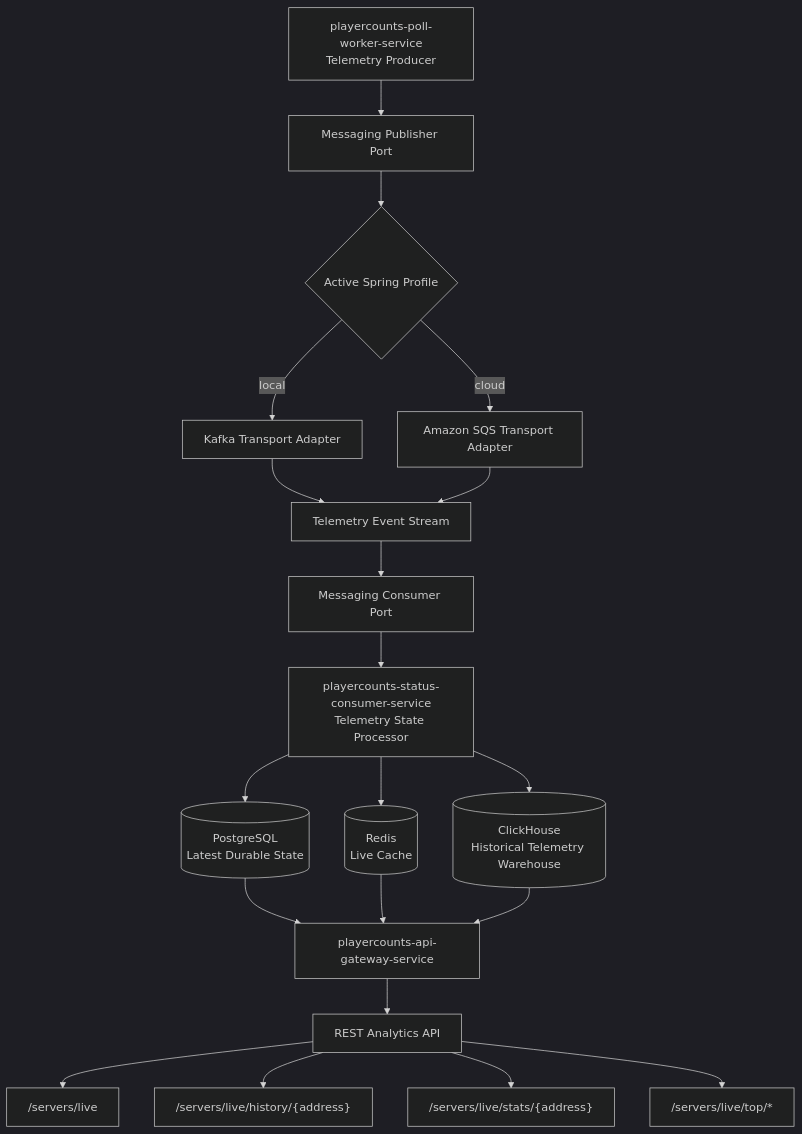
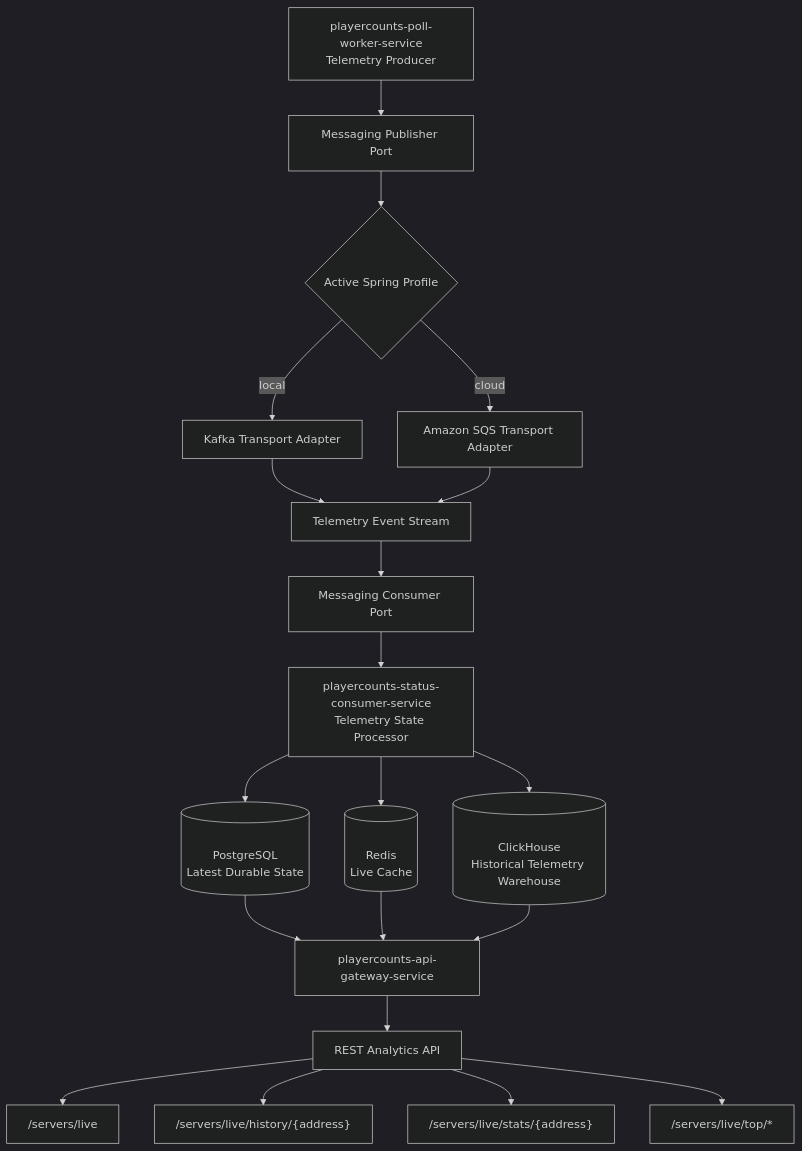
The diagram in README.md (myattaw/playercounts-platform), drawn with Mermaid (dark theme) before and after one commit. The commit also changed 3 other files, not shown here.

````diff
--- a/README.md
+++ b/README.md
@@ -81,32 +81,32 @@
 ```mermaid
 graph TD
 
     A["playercounts-poll-worker-service<br/>Telemetry Producer"] --> B["Messaging Publisher Port"]
 
     B --> C{"Active Spring Profile"}
 
     C -->|local| D["Kafka Transport Adapter"]
     C -->|cloud| E["Amazon SQS Transport Adapter"]
 
     D --> F["Telemetry Event Stream"]
     E --> F
 
     F --> G["Messaging Consumer Port"]
 
     G --> H["playercounts-status-consumer-service<br/>Telemetry State Processor"]
 
-    H --> I[("PostgreSQL<br/>Latest Durable State")]
-    H --> J[("Redis<br/>Live Cache")]
-    H --> N[("ClickHouse<br/>Historical Telemetry Warehouse")]
+    H --> I[("<br>PostgreSQL<br/>Latest Durable State")]
+    H --> J[("<br>Redis<br/>Live Cache")]
+    H --> N[("<br>ClickHouse<br/>Historical Telemetry Warehouse")]
 
     I --> K["playercounts-api-gateway-service"]
     J --> K
     N --> K
 
     K --> L["REST Analytics API"]
 
     L --> M["/servers/live"]
     L --> O["/servers/live/history/{address}"]
     L --> P["/servers/live/stats/{address}"]
     L --> Q["/servers/live/top/*"]
 ```
````
